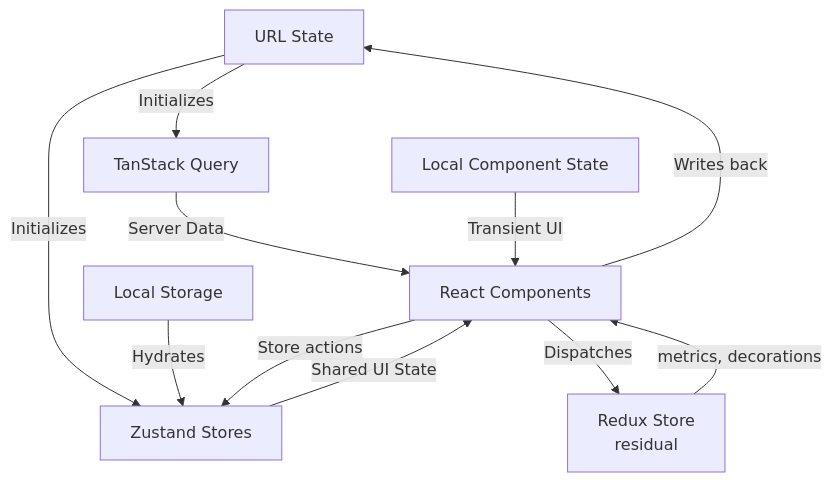
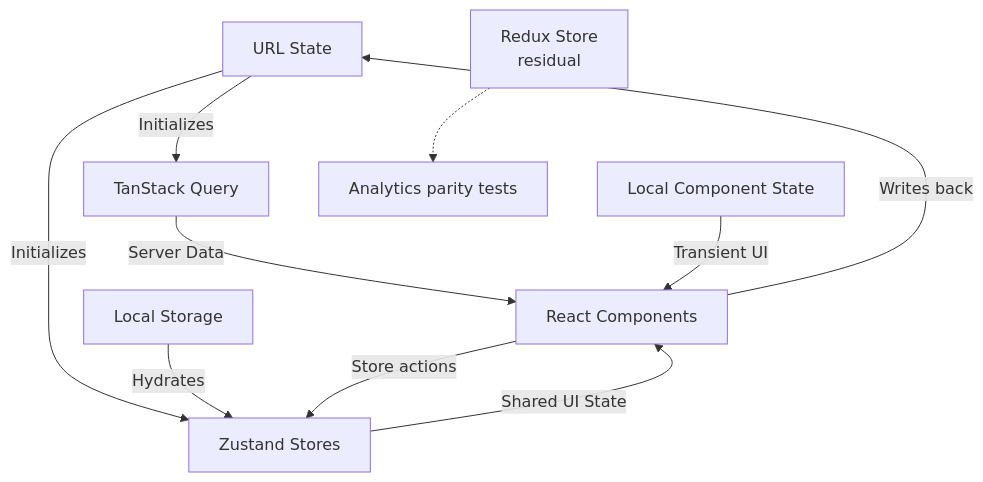
Before and after one commit to jaegertracing/jaeger-ui: the diagram in docs/adr/0005-current-state-management-architecture.md, drawn with Mermaid. The commit also changed other lines of this file and 18 other files, not shown here.

````diff
--- a/docs/adr/0005-current-state-management-architecture.md
+++ b/docs/adr/0005-current-state-management-architecture.md
@@ -28,13 +28,12 @@
 ```mermaid
 graph TD
     A[URL State] -->|Initializes| C[TanStack Query]
     A -->|Initializes| Z[Zustand Stores]
     D[Local Storage] -->|Hydrates| Z
     C -->|Server Data| E[React Components]
     Z -->|Shared UI State| E
     F[Local Component State] -->|Transient UI| E
-    B[Redux Store<br/>residual] -->|metrics, decorations| E
+    B[Redux Store<br/>residual] -.-> P[Analytics parity tests]
     E -->|Writes back| A
     E -->|Store actions| Z
-    E -->|Dispatches| B
 ```
````
